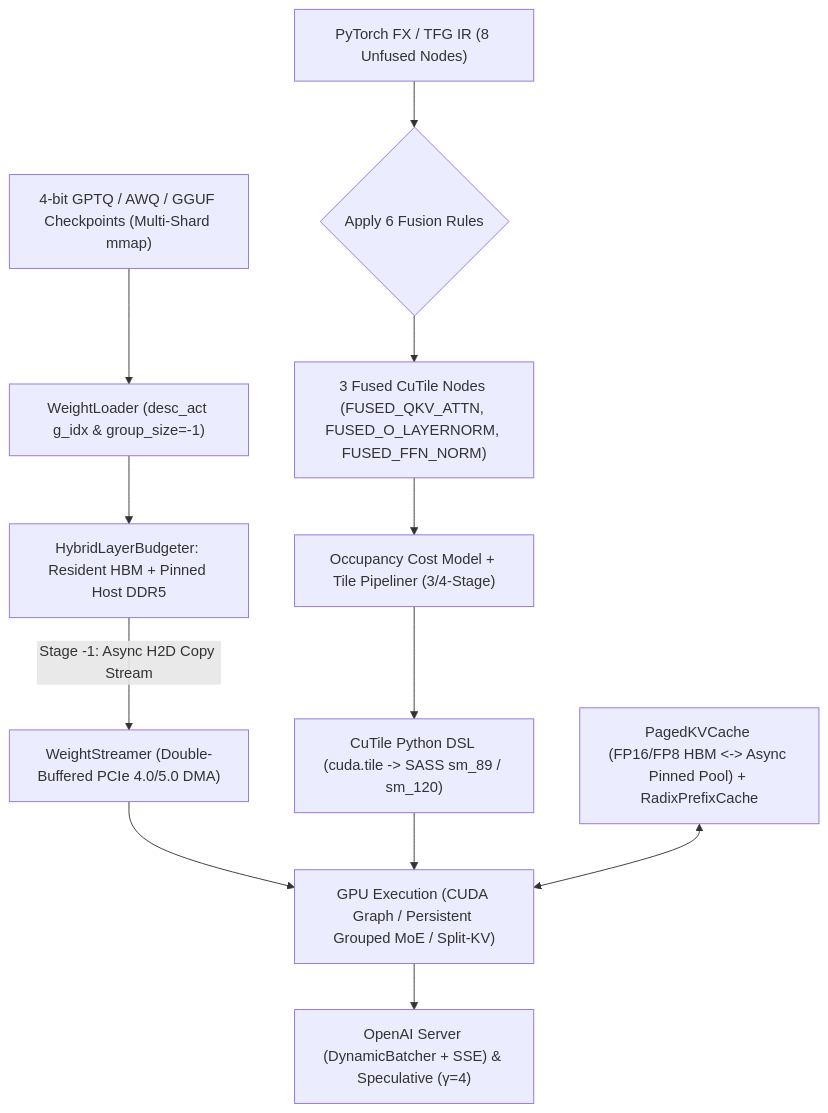
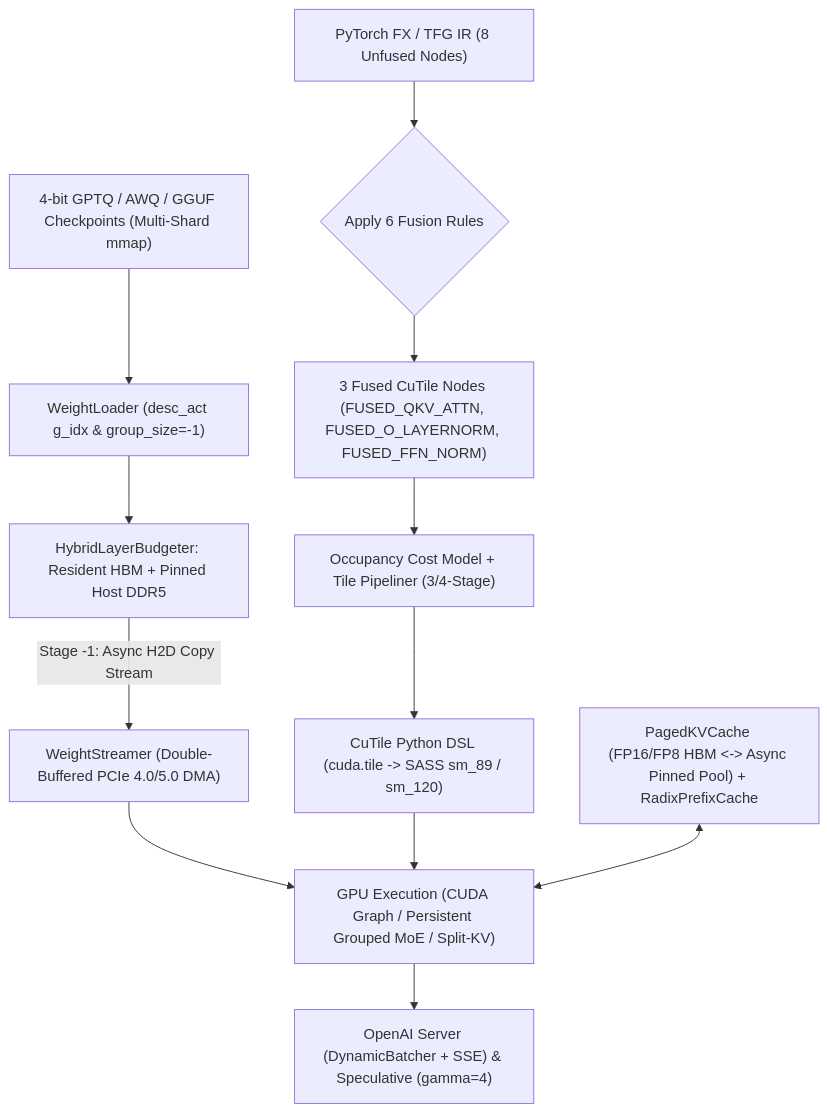
Before and after one commit to samudragupto/cutile-forge: the first of 3 diagrams in README.md, drawn with Mermaid. The commit also changed other lines of this file and 11 other files, not shown here.

Commit message:
docs: fix overlapping figures, GitHub MathJax, Mermaid layout, and unified Researcher/Architect/Developer README

````diff
--- a/README.md
+++ b/README.md
@@ -49,16 +46,16 @@
 ```mermaid
 flowchart TD
     W["4-bit GPTQ / AWQ / GGUF Checkpoints (Multi-Shard mmap)"] --> L["WeightLoader (desc_act g_idx & group_size=-1)"]
     L --> DDR5["HybridLayerBudgeter: Resident HBM + Pinned Host DDR5"]
     DDR5 -->|"Stage -1: Async H2D Copy Stream"| WS["WeightStreamer (Double-Buffered PCIe 4.0/5.0 DMA)"]
 
     G["PyTorch FX / TFG IR (8 Unfused Nodes)"] --> R{"Apply 6 Fusion Rules"}
     R --> F["3 Fused CuTile Nodes (FUSED_QKV_ATTN, FUSED_O_LAYERNORM, FUSED_FFN_NORM)"]
     F --> P["Occupancy Cost Model + Tile Pipeliner (3/4-Stage)"]
     P --> C["CuTile Python DSL (cuda.tile -> SASS sm_89 / sm_120)"]
 
     WS --> EXEC["GPU Execution (CUDA Graph / Persistent Grouped MoE / Split-KV)"]
     C --> EXEC
     KV["PagedKVCache (FP16/FP8 HBM <-> Async Pinned Pool) + RadixPrefixCache"] <--> EXEC
-    EXEC --> OUT["OpenAI Server (DynamicBatcher + SSE) & Speculative (γ=4)"]
+    EXEC --> OUT["OpenAI Server (DynamicBatcher + SSE) & Speculative (gamma=4)"]
 ```
````
